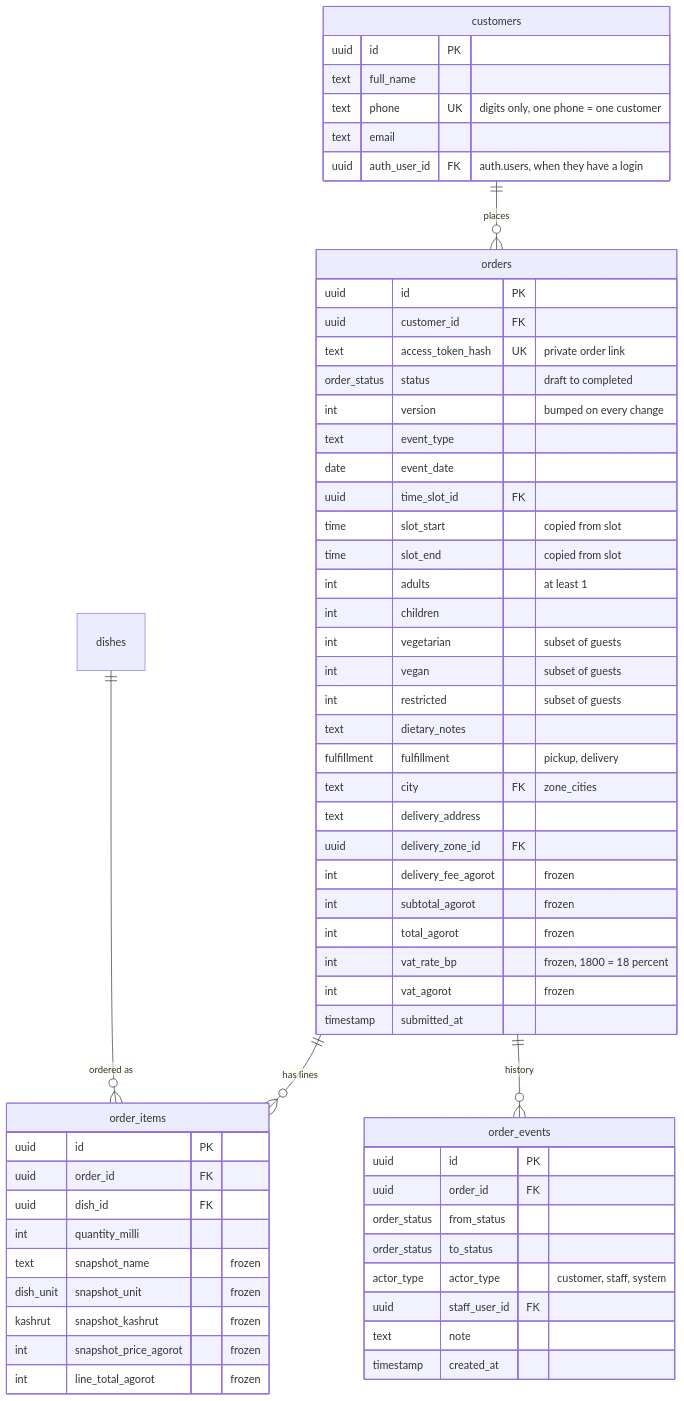
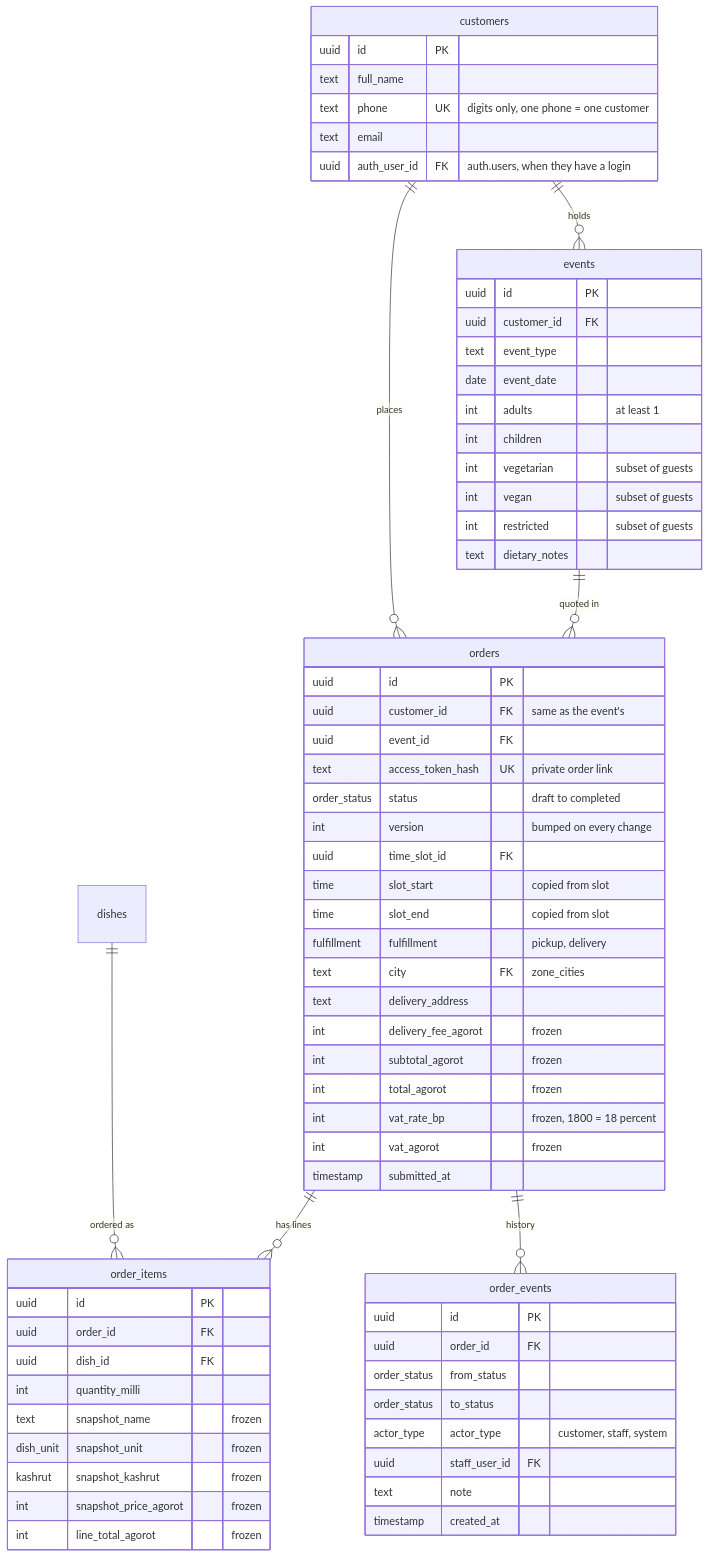
One commit to JonathanZouari/ai-catering-platform changed the third of 5 diagrams in docs/ERD.md. Above: the diagram before and after it, drawn with Mermaid. The commit also changed other lines of this file and 3 other files, not shown here.

````diff
--- a/docs/ERD.md
+++ b/docs/ERD.md
@@ -93,63 +94,69 @@
 ```mermaid
 erDiagram
+  customers ||--o{ events : "holds"
+  events ||--o{ orders : "quoted in"
   customers ||--o{ orders : "places"
   orders ||--o{ order_items : "has lines"
   dishes ||--o{ order_items : "ordered as"
   orders ||--o{ order_events : "history"
   customers {
     uuid id PK
     text full_name
     text phone UK "digits only, one phone = one customer"
     text email
     uuid auth_user_id FK "auth.users, when they have a login"
   }
-  orders {
+  events {
     uuid id PK
     uuid customer_id FK
-    text access_token_hash UK "private order link"
-    order_status status "draft to completed"
-    int version "bumped on every change"
     text event_type
     date event_date
-    uuid time_slot_id FK
-    time slot_start "copied from slot"
-    time slot_end "copied from slot"
     int adults "at least 1"
     int children
     int vegetarian "subset of guests"
     int vegan "subset of guests"
     int restricted "subset of guests"
     text dietary_notes
+  }
+  orders {
+    uuid id PK
+    uuid customer_id FK "same as the event's"
+    uuid event_id FK
+    text access_token_hash UK "private order link"
+    order_status status "draft to completed"
+    int version "bumped on every change"
+    uuid time_slot_id FK
+    time slot_start "copied from slot"
+    time slot_end "copied from slot"
     fulfillment fulfillment "pickup, delivery"
     text city FK "zone_cities"
     text delivery_address
-    uuid delivery_zone_id FK
     int delivery_fee_agorot "frozen"
     int subtotal_agorot "frozen"
     int total_agorot "frozen"
     int vat_rate_bp "frozen, 1800 = 18 percent"
     int vat_agorot "frozen"
     timestamp submitted_at
   }
   order_items {
     uuid id PK
     uuid order_id FK
     uuid dish_id FK
     int quantity_milli
     text snapshot_name "frozen"
     dish_unit snapshot_unit "frozen"
     kashrut snapshot_kashrut "frozen"
     int snapshot_price_agorot "frozen"
     int line_total_agorot "frozen"
   }
   order_events {
     uuid id PK
     uuid order_id FK
     order_status from_status
     order_status to_status
     actor_type actor_type "customer, staff, system"
     uuid staff_user_id FK
     text note
     timestamp created_at
   }
 ```
````
